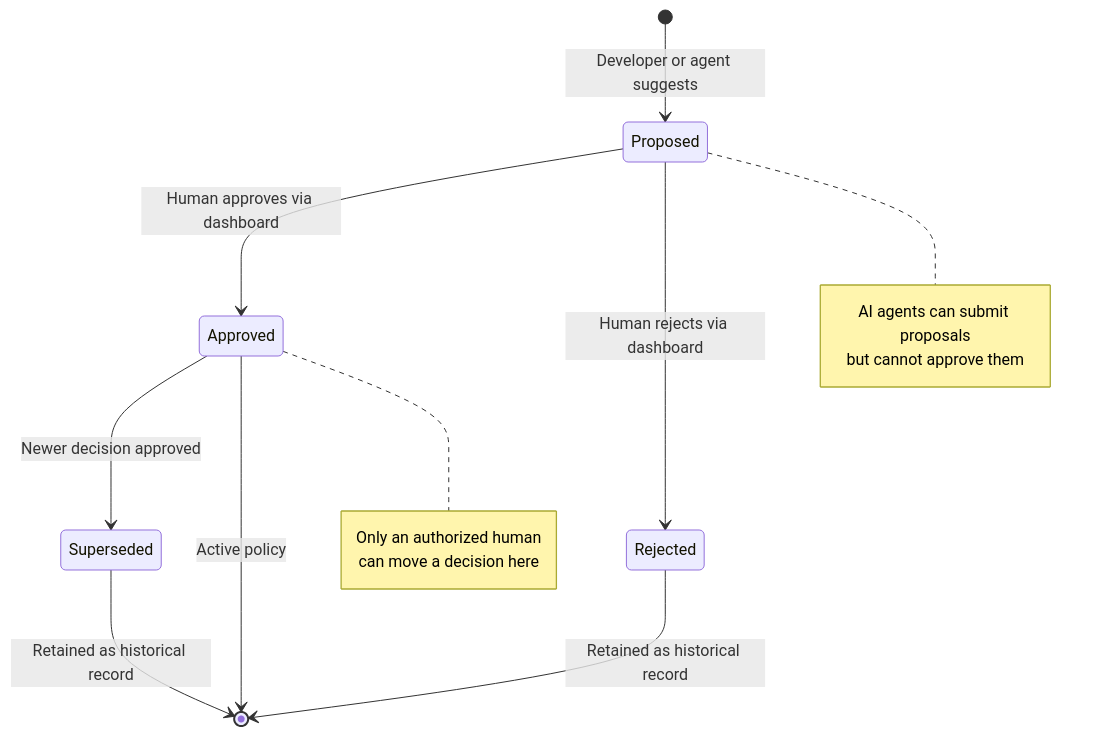
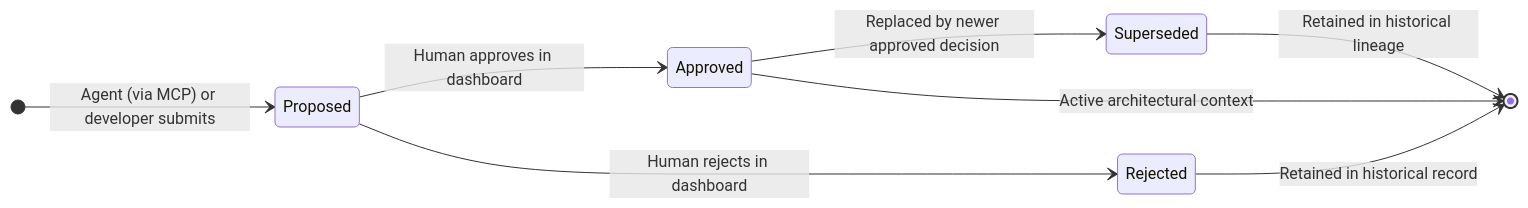
The second of 6 diagrams in README.md (prajwal-govekar17/ProjectOS), drawn with Mermaid before and after one commit. The commit also changed other lines of this file, not shown here.

Commit message:
docs: rewrite README with system architecture, Mermaid workflows, and engineering trade-offs

````diff
--- a/README.md
+++ b/README.md
@@ -271,23 +90,13 @@
 ```mermaid
 stateDiagram-v2
-    [*] --> Proposed : Developer or agent suggests
+    direction LR
+    [*] --> Proposed : Agent (via MCP) or developer submits
 
-    Proposed --> Approved : Human approves via dashboard
-    Proposed --> Rejected : Human rejects via dashboard
+    Proposed --> Approved : Human approves in dashboard
+    Proposed --> Rejected : Human rejects in dashboard
+    Approved --> Superseded : Replaced by newer approved decision
 
-    Approved --> Superseded : Newer decision approved
-
-    Rejected --> [*] : Retained as historical record
-    Superseded --> [*] : Retained as historical record
-    Approved --> [*] : Active policy
-
-    note right of Proposed
-        AI agents can submit proposals
-        but cannot approve them
-    end note
-
-    note right of Approved
-        Only an authorized human
-        can move a decision here
-    end note
+    Approved --> [*] : Active architectural context
+    Rejected --> [*] : Retained in historical record
+    Superseded --> [*] : Retained in historical lineage
 ```
````
